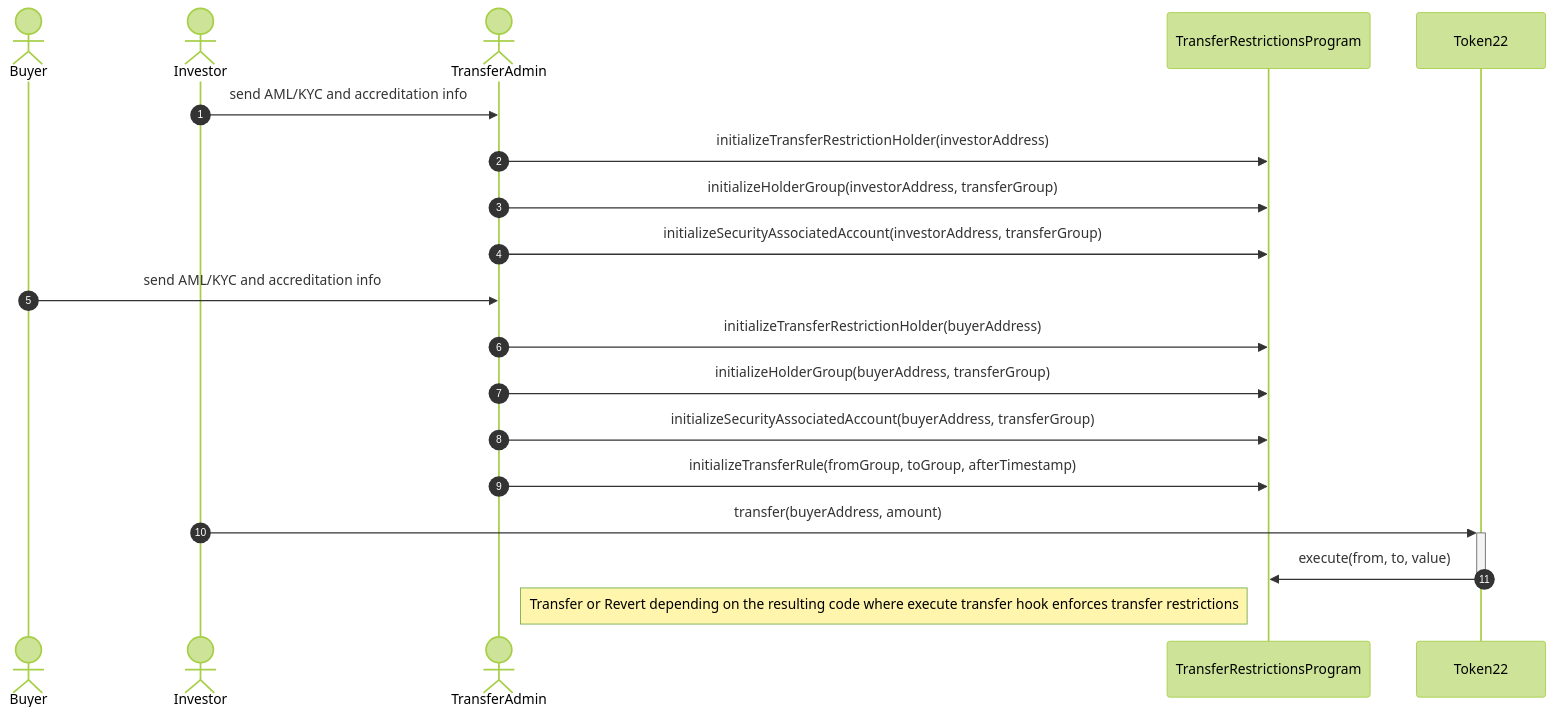
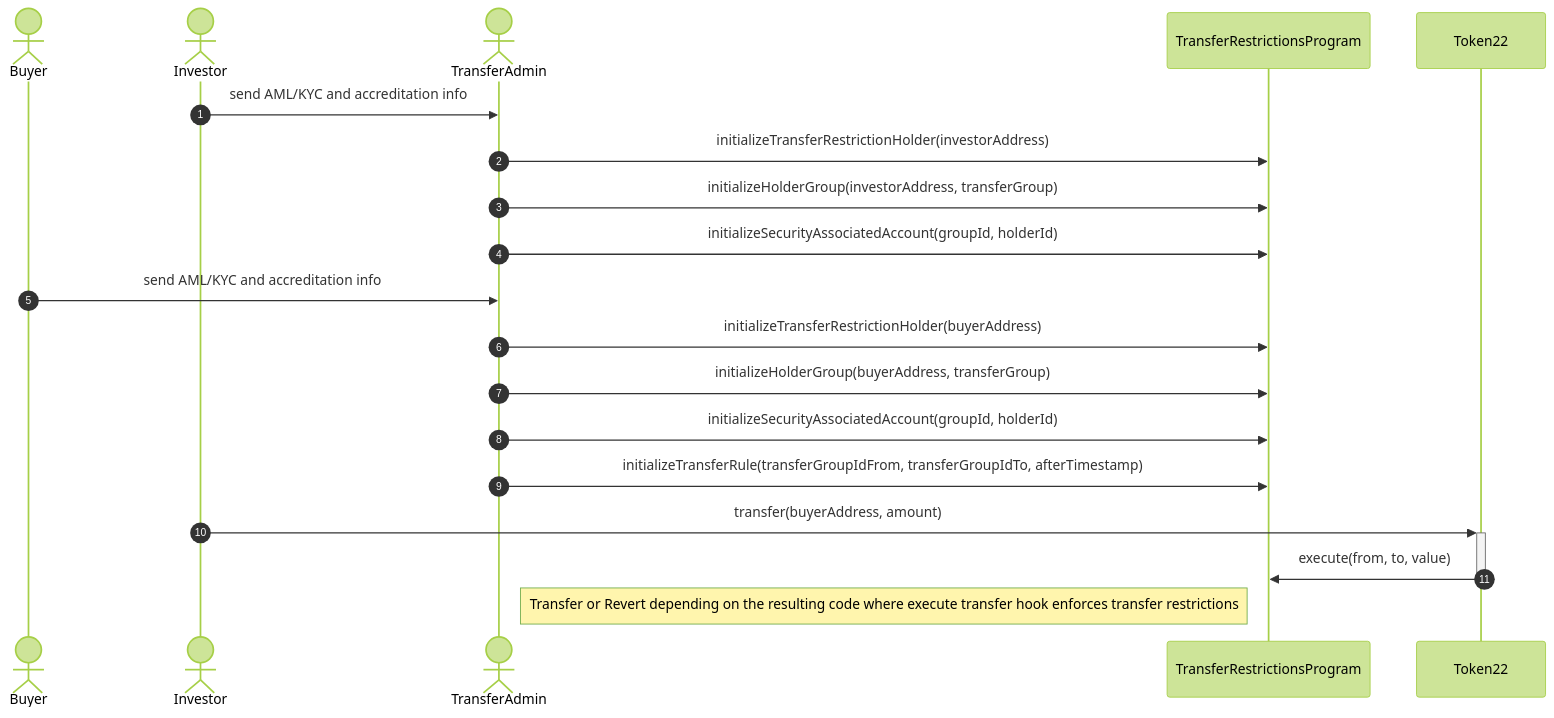
Before and after one commit to upsideos/upsideos-solana-rwa: the second of 7 diagrams in README.md, drawn with Mermaid (forest theme). The commit also changed other lines of this file and 38 other files, not shown here.

Commit message:
Add group and holder id to instuctions input

````diff
--- a/README.md
+++ b/README.md
@@ -63,25 +63,25 @@
 ```mermaid
 sequenceDiagram
   autonumber
   actor Buyer
   actor Investor
   actor TransferAdmin
 
   participant TransferRestrictionsProgram
   participant Token22
 
   Investor ->> TransferAdmin: send AML/KYC and accreditation info
   TransferAdmin ->> TransferRestrictionsProgram: initializeTransferRestrictionHolder(investorAddress)
   TransferAdmin ->> TransferRestrictionsProgram: initializeHolderGroup(investorAddress, transferGroup)
-  TransferAdmin ->> TransferRestrictionsProgram: initializeSecurityAssociatedAccount(investorAddress, transferGroup)
+  TransferAdmin ->> TransferRestrictionsProgram: initializeSecurityAssociatedAccount(groupId, holderId)
 
   Buyer ->> TransferAdmin: send AML/KYC and accreditation info
   TransferAdmin ->> TransferRestrictionsProgram: initializeTransferRestrictionHolder(buyerAddress)
   TransferAdmin ->> TransferRestrictionsProgram: initializeHolderGroup(buyerAddress, transferGroup)
-  TransferAdmin ->> TransferRestrictionsProgram: initializeSecurityAssociatedAccount(buyerAddress, transferGroup)
-  TransferAdmin ->> TransferRestrictionsProgram: initializeTransferRule(fromGroup, toGroup, afterTimestamp)
+  TransferAdmin ->> TransferRestrictionsProgram: initializeSecurityAssociatedAccount(groupId, holderId)
+  TransferAdmin ->> TransferRestrictionsProgram: initializeTransferRule(transferGroupIdFrom, transferGroupIdTo, afterTimestamp)
 
   Investor ->>+ Token22: transfer(buyerAddress, amount)
   Token22 ->>- TransferRestrictionsProgram: execute(from, to, value)
   Note left of TransferRestrictionsProgram: Transfer or Revert depending on the resulting code where execute transfer hook enforces transfer restrictions
 ```
````
